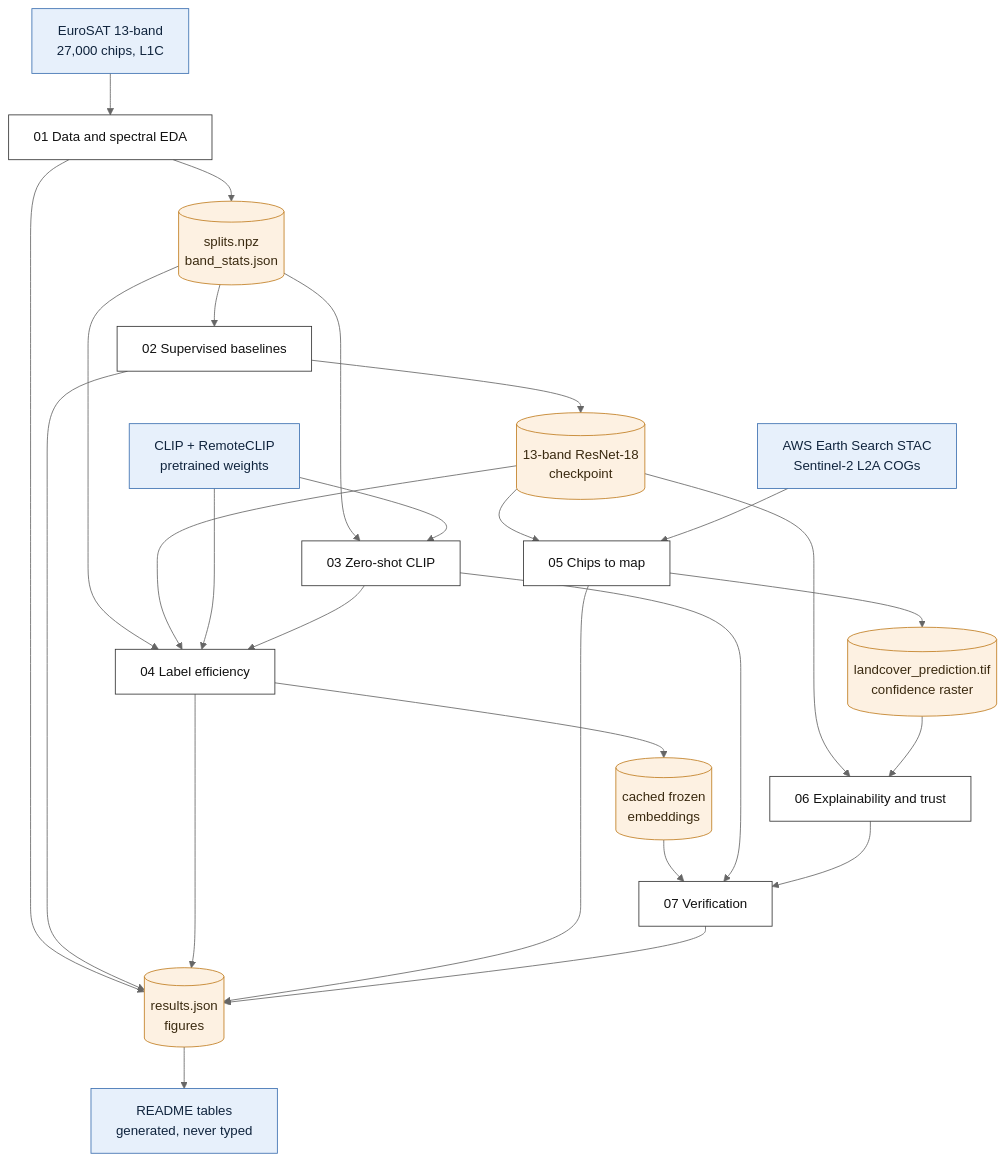
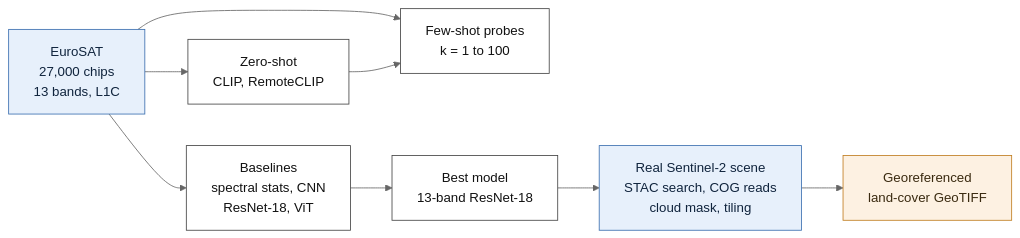
Before and after one commit to SaadH-077/sentinel2-landcover-mapping: the diagram in README.md, drawn with Mermaid (neutral theme). The commit also changed other lines of this file and 1 other file, not shown here.

````diff
--- a/README.md
+++ b/README.md
@@ -170,53 +98,17 @@
 ```mermaid
-flowchart TD
-    EUROSAT[EuroSAT 13-band<br/>27,000 chips, L1C]
-    STACSRC[AWS Earth Search STAC<br/>Sentinel-2 L2A COGs]
-    CLIPW[CLIP + RemoteCLIP<br/>pretrained weights]
+flowchart LR
+    A[EuroSAT<br/>27,000 chips<br/>13 bands, L1C] --> B[Baselines<br/>spectral stats, CNN<br/>ResNet-18, ViT]
+    A --> C[Zero-shot<br/>CLIP, RemoteCLIP]
+    A --> D[Few-shot probes<br/>k = 1 to 100]
+    C --> D
+    B --> E[Best model<br/>13-band ResNet-18]
+    E --> F[Real Sentinel-2 scene<br/>STAC search, COG reads<br/>cloud mask, tiling]
+    F --> G[Georeferenced<br/>land-cover GeoTIFF]
 
-    NB1[01 Data and spectral EDA]
-    NB2[02 Supervised baselines]
-    NB3[03 Zero-shot CLIP]
-    NB4[04 Label efficiency]
-    NB5[05 Chips to map]
-    NB6[06 Explainability and trust]
-    NB7[07 Verification]
-
-    SPLITS[(splits.npz<br/>band_stats.json)]
-    CKPT[(13-band ResNet-18<br/>checkpoint)]
-    FEATS[(cached frozen<br/>embeddings)]
-    TIF[(landcover_prediction.tif<br/>confidence raster)]
-    RES[(results.json<br/>figures)]
-
-    EUROSAT --> NB1
-    NB1 --> SPLITS
-    SPLITS --> NB2
-    SPLITS --> NB3
-    SPLITS --> NB4
-    NB2 --> CKPT
-    CKPT --> NB4
-    CKPT --> NB5
-    CKPT --> NB6
-    CLIPW --> NB3
-    CLIPW --> NB4
-    NB3 --> NB4
-    NB4 --> FEATS
-    FEATS --> NB7
-    STACSRC --> NB5
-    NB5 --> TIF
-    TIF --> NB6
-    NB3 --> NB7
-    NB6 --> NB7
-    NB1 --> RES
-    NB2 --> RES
-    NB4 --> RES
-    NB5 --> RES
-    NB7 --> RES
-    RES --> DOC[README tables<br/>generated, never typed]
-
-    classDef src fill:#e7f0fb,stroke:#3b6fb0,color:#10243d
-    classDef book fill:#ffffff,stroke:#333333,color:#111111
-    classDef file fill:#fdf1e2,stroke:#c07d20,color:#3a2a10
-    class EUROSAT,STACSRC,CLIPW,DOC src
-    class NB1,NB2,NB3,NB4,NB5,NB6,NB7 book
-    class SPLITS,CKPT,FEATS,TIF,RES file
+    classDef data fill:#e7f0fb,stroke:#3b6fb0,color:#10243d
+    classDef work fill:#ffffff,stroke:#444444,color:#111111
+    classDef out fill:#fdf1e2,stroke:#c07d20,color:#3a2a10
+    class A,F data
+    class B,C,D,E work
+    class G out
 ```
````
